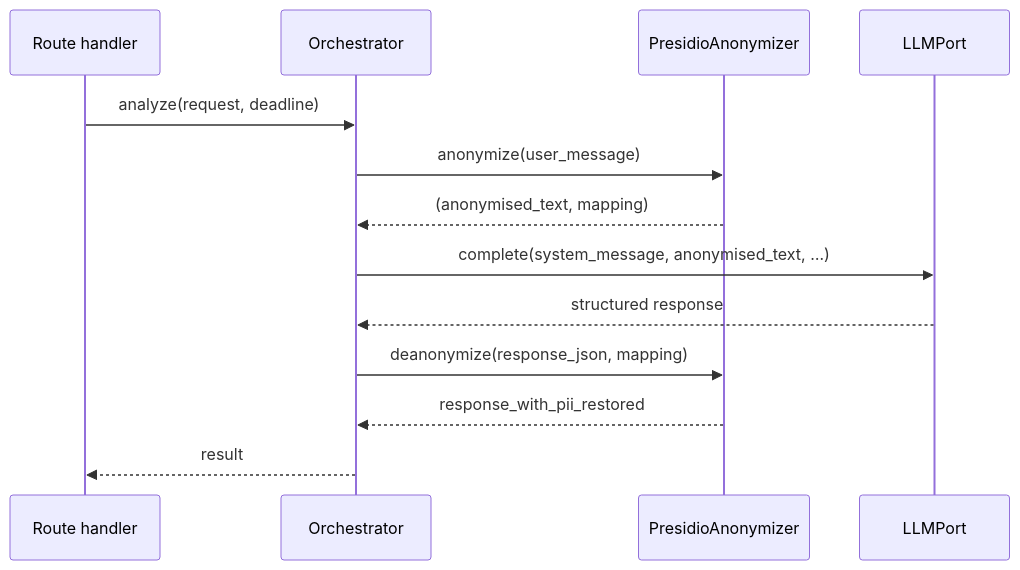
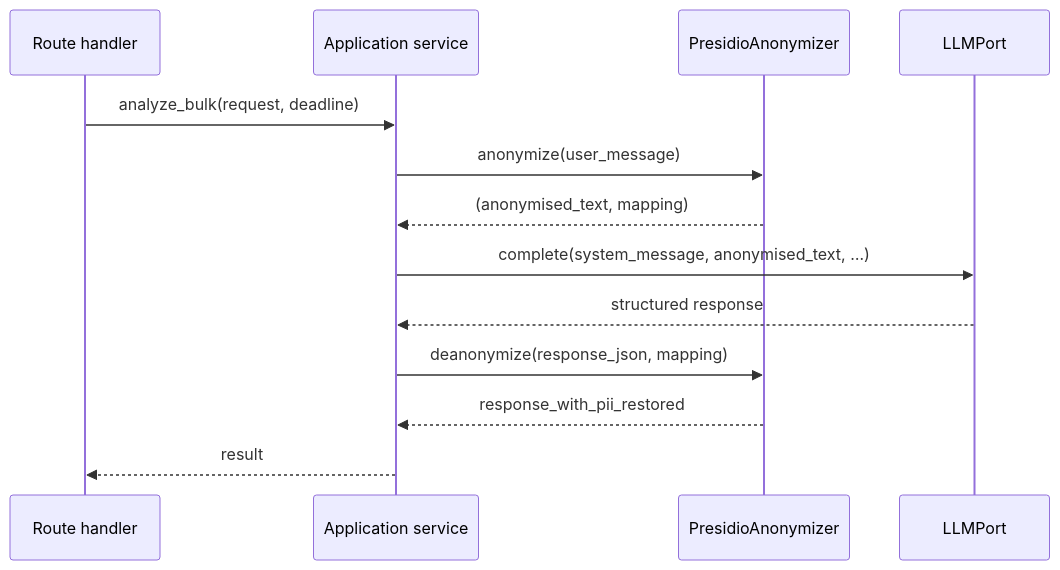
One commit to rodekruis/qualitative-feedback-analysis changed the first of 2 diagrams in docs/architecture/04-crosscutting.md. Above: the diagram before and after it, drawn with Mermaid. The commit also changed other lines of this file and 10 other files, not shown here.

First line of the commit message:
docs: refresh architecture and development docs after Orchestrator removal

````diff
--- a/docs/architecture/04-crosscutting.md
+++ b/docs/architecture/04-crosscutting.md
@@ -9,16 +9,16 @@
 ```mermaid
 sequenceDiagram
     participant route as Route handler
-    participant orch as Orchestrator
+    participant svc as Application service
     participant anon as PresidioAnonymizer
     participant llm as LLMPort
 
-    route->>orch: analyze(request, deadline)
-    orch->>anon: anonymize(user_message)
-    anon-->>orch: (anonymised_text, mapping)
-    orch->>llm: complete(system_message, anonymised_text, …)
-    llm-->>orch: structured response
-    orch->>anon: deanonymize(response_json, mapping)
-    anon-->>orch: response_with_pii_restored
-    orch-->>route: result
+    route->>svc: analyze_bulk(request, deadline)
+    svc->>anon: anonymize(user_message)
+    anon-->>svc: (anonymised_text, mapping)
+    svc->>llm: complete(system_message, anonymised_text, …)
+    llm-->>svc: structured response
+    svc->>anon: deanonymize(response_json, mapping)
+    anon-->>svc: response_with_pii_restored
+    svc-->>route: result
 ```
````
